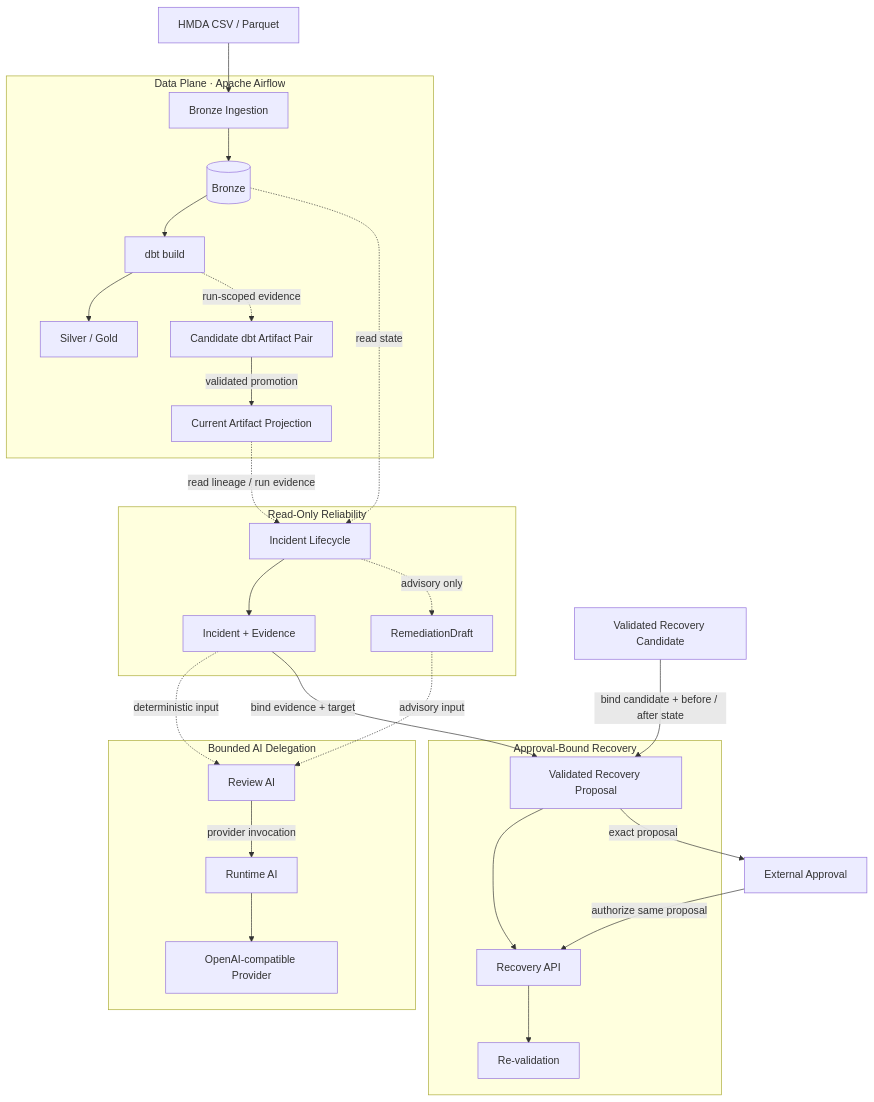
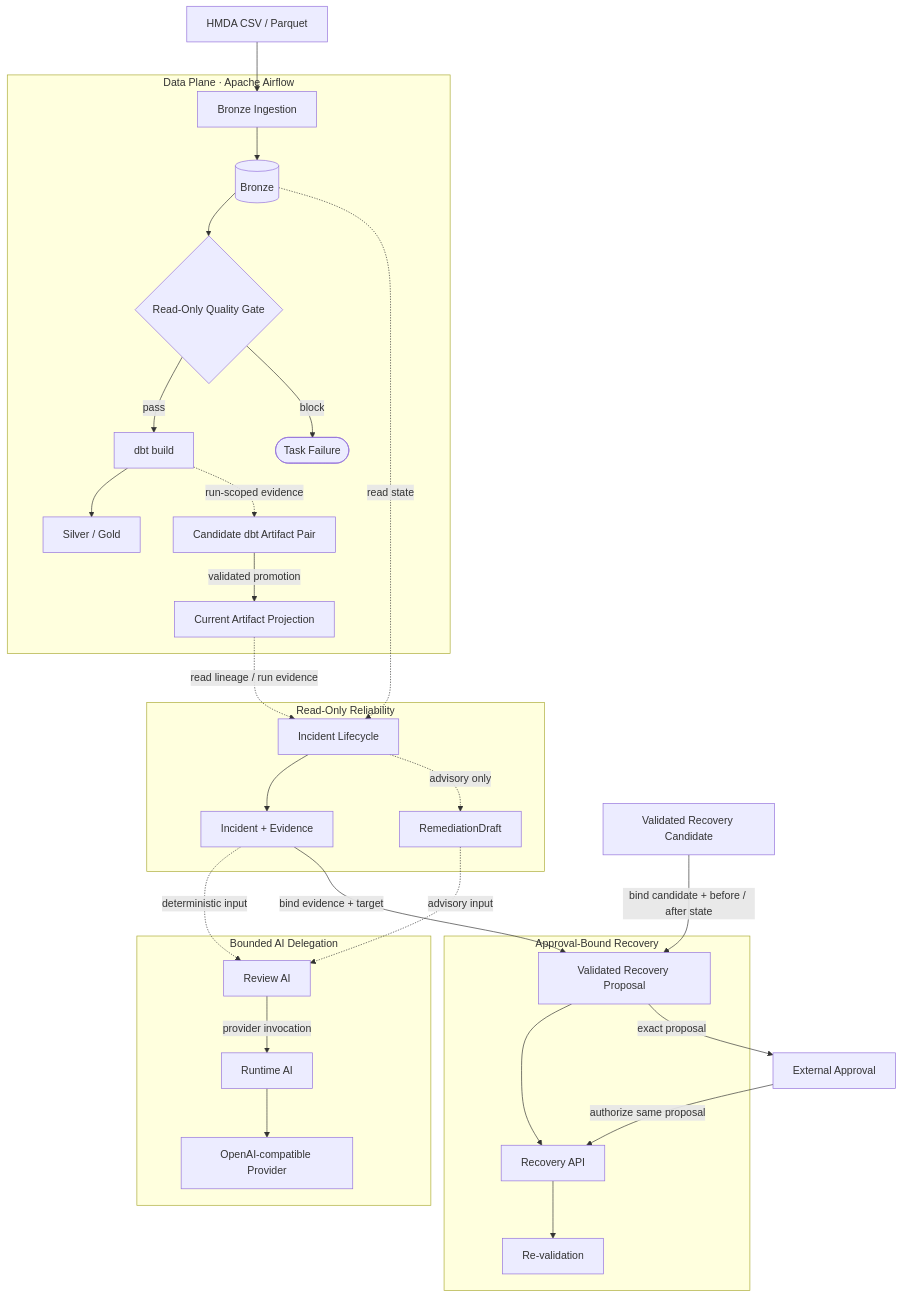
Before and after one commit to mols3131d/hmda-data-reliability: the diagram in docs/ARCHITECTURE.md, drawn with Mermaid. The commit also changed other lines of this file and 33 other files, not shown here.

````diff
--- a/docs/ARCHITECTURE.md
+++ b/docs/ARCHITECTURE.md
@@ -22,35 +22,37 @@
 ```mermaid
 flowchart TB
     files["HMDA CSV / Parquet"]
 
     subgraph data_plane ["Data Plane · Apache Airflow"]
         ingest["Bronze Ingestion"] --> bronze[("Bronze")]
-        bronze --> dbt["dbt build"] --> analytics["Silver / Gold"]
+        bronze --> gate{"Read-Only Quality Gate"}
+        gate -->|pass| dbt["dbt build"] --> analytics["Silver / Gold"]
+        gate -->|block| failed(["Task Failure"])
         dbt -.->|run-scoped evidence| candidate_artifacts["Candidate dbt Artifact Pair"]
         candidate_artifacts -->|validated promotion| current_artifacts["Current Artifact Projection"]
     end
 
     subgraph analysis_plane ["Read-Only Reliability"]
         lifecycle["Incident Lifecycle"] --> incident["Incident + Evidence"]
         lifecycle -.->|advisory only| draft["RemediationDraft"]
     end
 
     subgraph ai_plane ["Bounded AI Delegation"]
         review["Review AI"] -->|provider invocation| runtime["Runtime AI"]
         runtime --> provider["OpenAI-compatible Provider"]
     end
 
     subgraph recovery_plane ["Approval-Bound Recovery"]
         proposal["Validated Recovery Proposal"] --> recovery["Recovery API"] --> verify["Re-validation"]
     end
 
     files --> ingest
     bronze -.->|read state| lifecycle
     current_artifacts -.->|read lineage / run evidence| lifecycle
     incident -.->|deterministic input| review
     draft -.->|advisory input| review
     incident -->|bind evidence + target| proposal
     recovery_candidate["Validated Recovery Candidate"] -->|bind candidate + before / after state| proposal
     proposal -->|exact proposal| approval["External Approval"]
     approval -->|authorize same proposal| recovery
 ```
````
